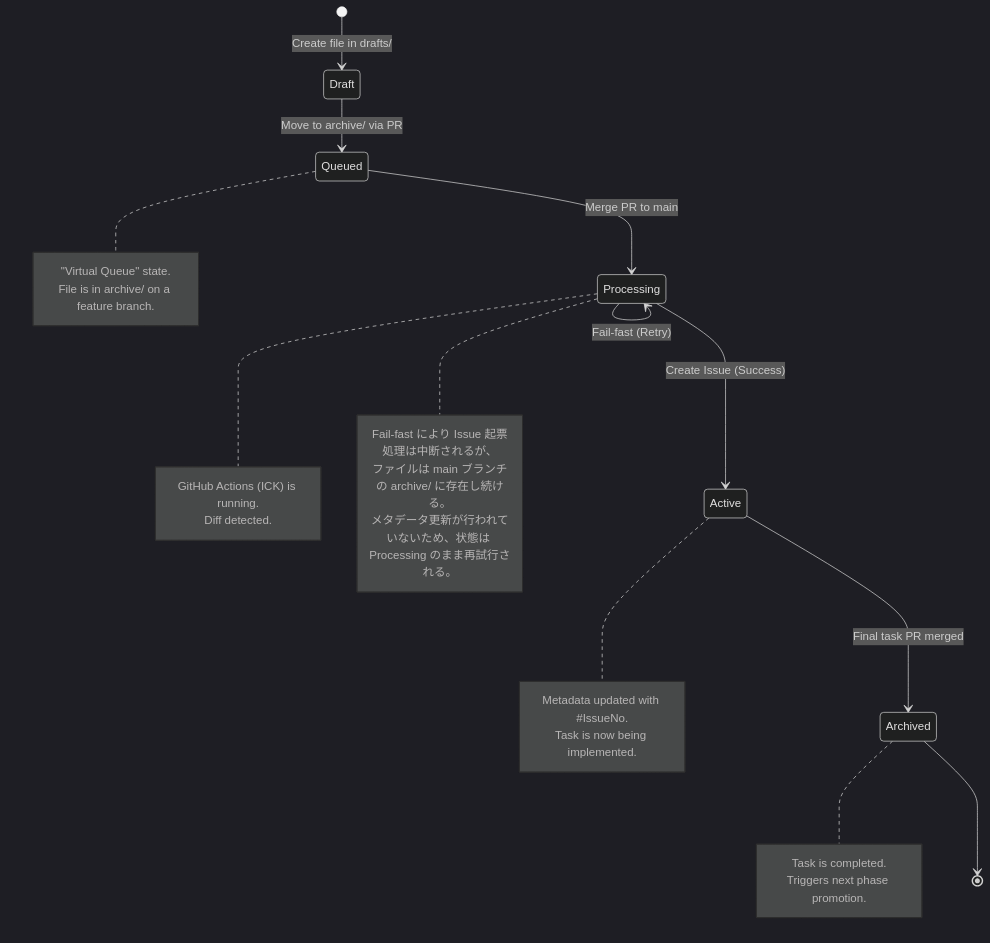
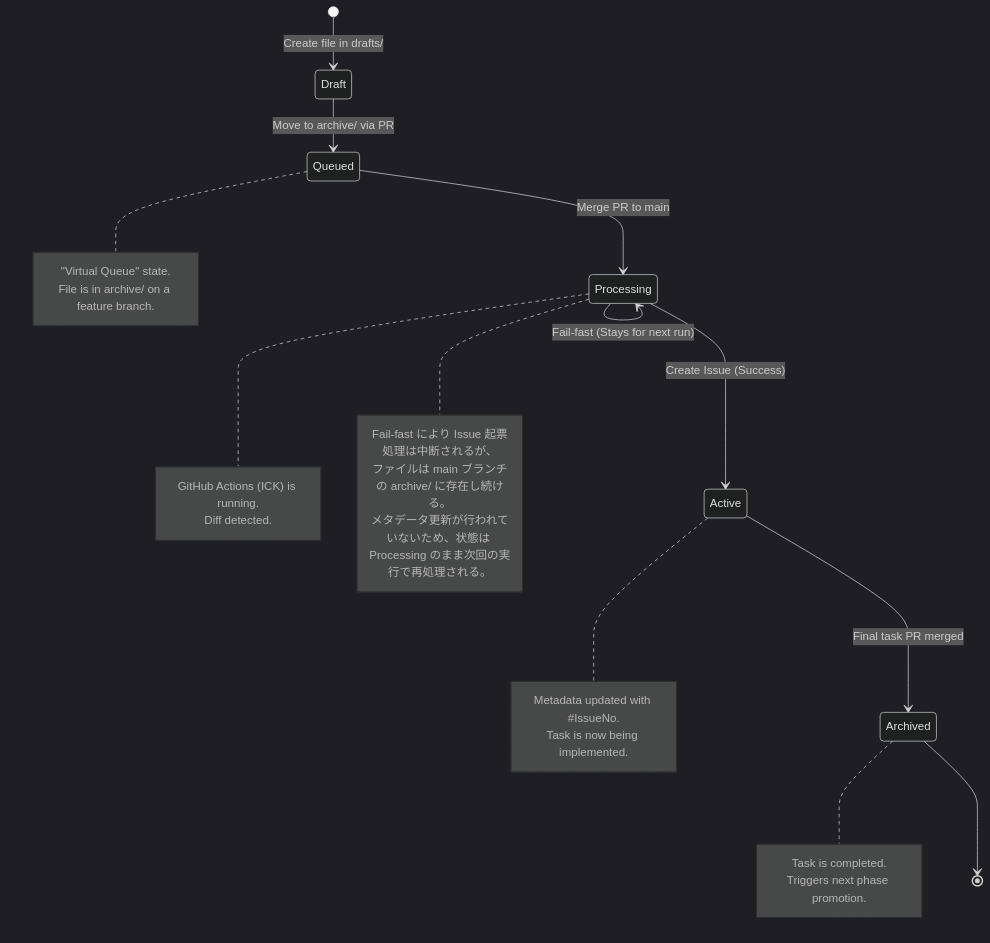
The diagram in docs/architecture/arch-state-003-task-lifecycle.md (masa-codehub/issue_creator_kit), drawn with Mermaid (dark theme) before and after one commit. The commit also changed 2 other files, not shown here.

Commit message:
docs(arch): address review feedback on behavior diagrams and state lifecycle

````diff
--- a/docs/architecture/arch-state-003-task-lifecycle.md
+++ b/docs/architecture/arch-state-003-task-lifecycle.md
@@ -10,37 +10,37 @@
 ```mermaid
 stateDiagram-v2
     [*] --> Draft : Create file in drafts/
     
     Draft --> Queued : Move to archive/ via PR
     note right of Queued
         "Virtual Queue" state.
         File is in archive/ on a feature branch.
     end note
 
     Queued --> Processing : Merge PR to main
     note right of Processing
         GitHub Actions (ICK) is running.
         Diff detected.
     end note
 
     Processing --> Active : Create Issue (Success)
     note right of Active
         Metadata updated with #IssueNo.
         Task is now being implemented.
     end note
 
-    Processing --> Processing : Fail-fast (Retry)
+    Processing --> Processing : Fail-fast (Stays for next run)
     note right of Processing
         Fail-fast により Issue 起票処理は中断されるが、
         ファイルは main ブランチの archive/ に存在し続ける。
-        メタデータ更新が行われていないため、状態は Processing のまま再試行される。
+        メタデータ更新が行われていないため、状態は Processing のまま次回の実行で再処理される。
     end note
 
     Active --> Archived : Final task PR merged
     note right of Archived
         Task is completed.
         Triggers next phase promotion.
     end note
 
     Archived --> [*]
 ```
````
